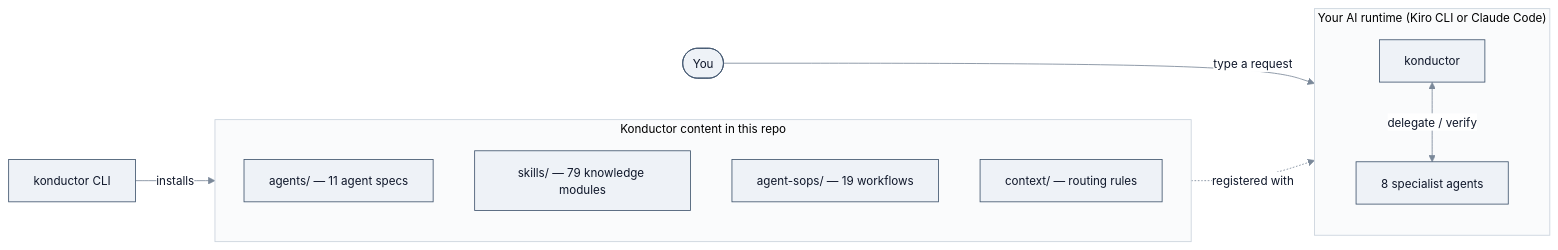
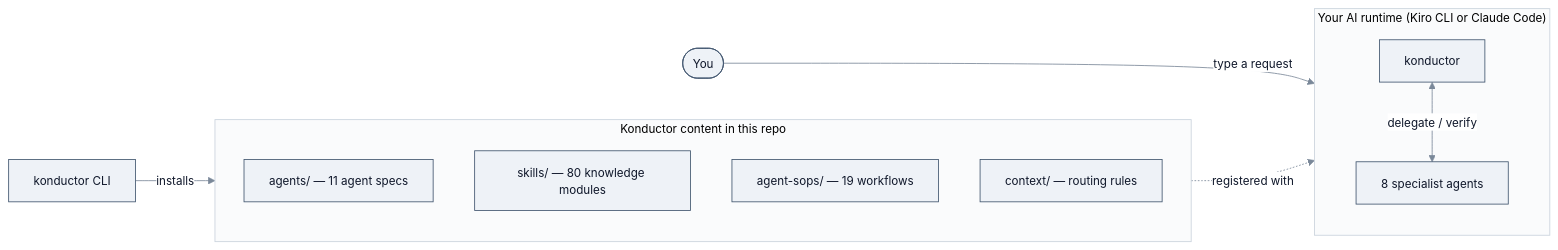
The diagram in docs/user-guide/README.md (aws-solutions/konductor), drawn with Mermaid before and after one commit. The commit also changed other lines of this file and 23 other files, not shown here.

````diff
--- a/docs/user-guide/README.md
+++ b/docs/user-guide/README.md
@@ -154,21 +154,21 @@
 ```mermaid
 %%{init:{'theme':'base','themeVariables':{'fontSize':'14px','primaryColor':'#eef2f7','primaryTextColor':'#0f172a','primaryBorderColor':'#40556e','lineColor':'#7a8899','textColor':'#0f172a','edgeLabelBackground':'#ffffff','clusterBkg':'#fafbfc','clusterBorder':'#c9d2dc'}}}%%
 flowchart LR
     You([You]) -->|type a request| Runtime
 
     subgraph Runtime["Your AI runtime (Kiro CLI or Claude Code)"]
         Orch[konductor]
         Spec[8 specialist agents]
         Orch <-->|delegate / verify| Spec
     end
 
     subgraph Content["Konductor content in this repo"]
         A["agents/ — 11 agent specs"]
-        S["skills/ — 79 knowledge modules"]
+        S["skills/ — 80 knowledge modules"]
         P["agent-sops/ — 19 workflows"]
         C["context/ — routing rules"]
     end
 
     CLI["konductor CLI"] -->|"installs"| Content
     Content -.->|"registered with"| Runtime
 ```
````
